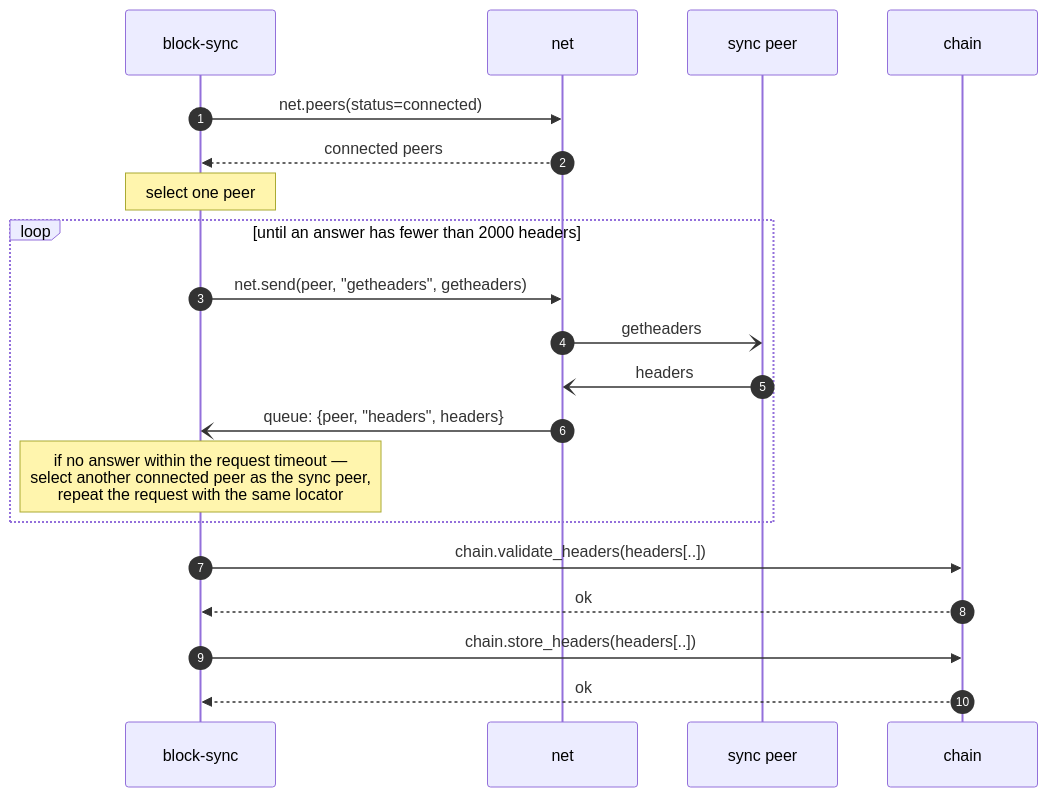
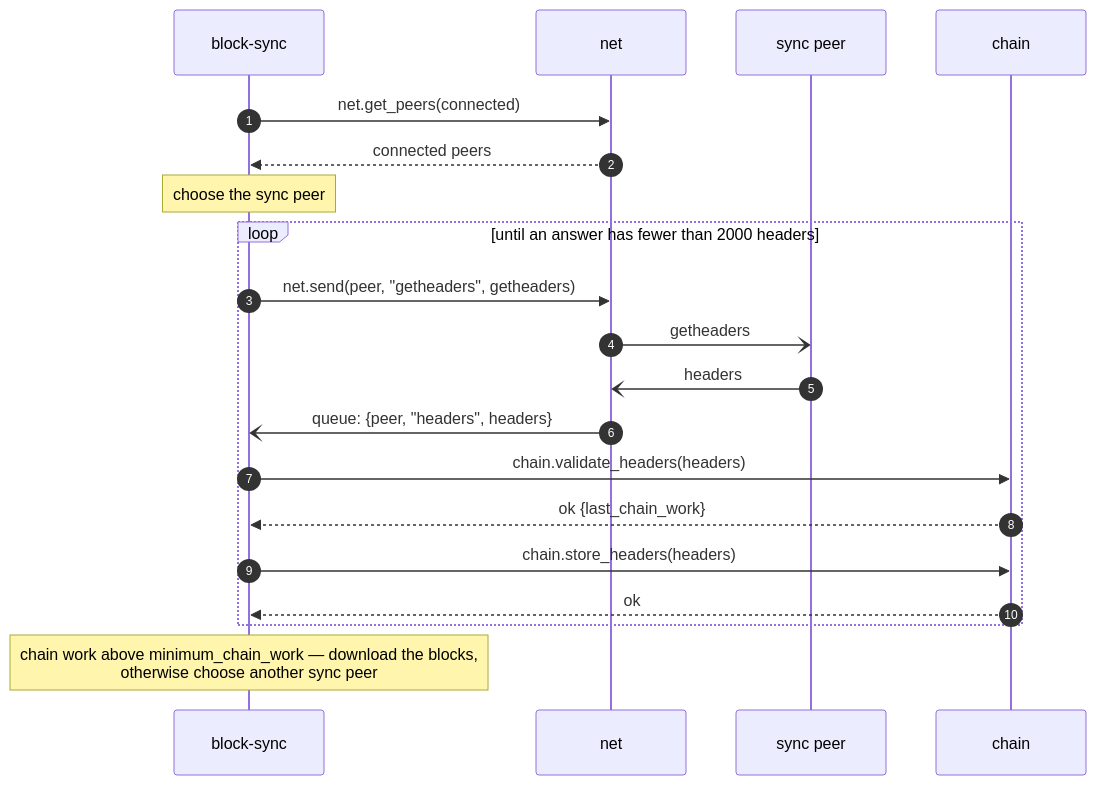
The first of 2 diagrams in docs/flows/mode-ibd.md (VakthundBTC/vakthund), drawn with Mermaid before and after one commit. The commit also changed other lines of this file and 6 other files, not shown here.

````diff
--- a/docs/flows/mode-ibd.md
+++ b/docs/flows/mode-ibd.md
@@ -24,22 +32,22 @@
 ```mermaid
 sequenceDiagram
     autonumber
     participant BS as block-sync
     participant N as net
     participant P as sync peer
     participant C as chain
-    BS ->> N: net.peers(status=connected)
+    BS ->> N: net.get_peers(connected)
     N -->> BS: connected peers
-    Note over BS: select one peer
+    Note over BS: choose the sync peer
     loop until an answer has fewer than 2000 headers
         BS ->> N: net.send(peer, "getheaders", getheaders)
         N -) P: getheaders
         P -) N: headers
         N -) BS: queue: {peer, "headers", headers}
-        Note over BS: if no answer within the request timeout —<br/> select another connected peer as the sync peer,<br/>repeat the request with the same locator
+        BS ->> C: chain.validate_headers(headers)
+        C -->> BS: ok {last_chain_work}
+        BS ->> C: chain.store_headers(headers)
+        C -->> BS: ok
     end
-    BS ->> C: chain.validate_headers(headers[..])
-    C -->> BS: ok
-    BS ->> C: chain.store_headers(headers[..])
-    C -->> BS: ok
+    Note over BS: chain work above minimum_chain_work — download the blocks,<br/>otherwise choose another sync peer
 ```
````
